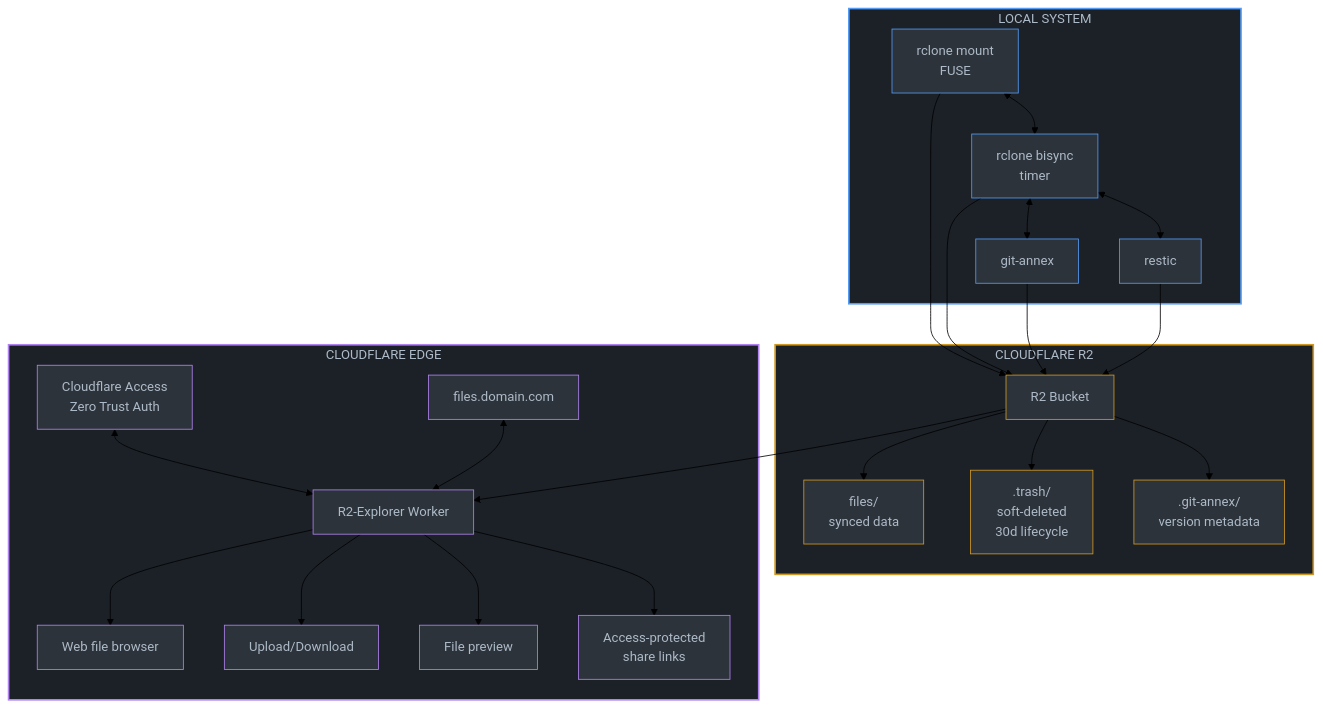
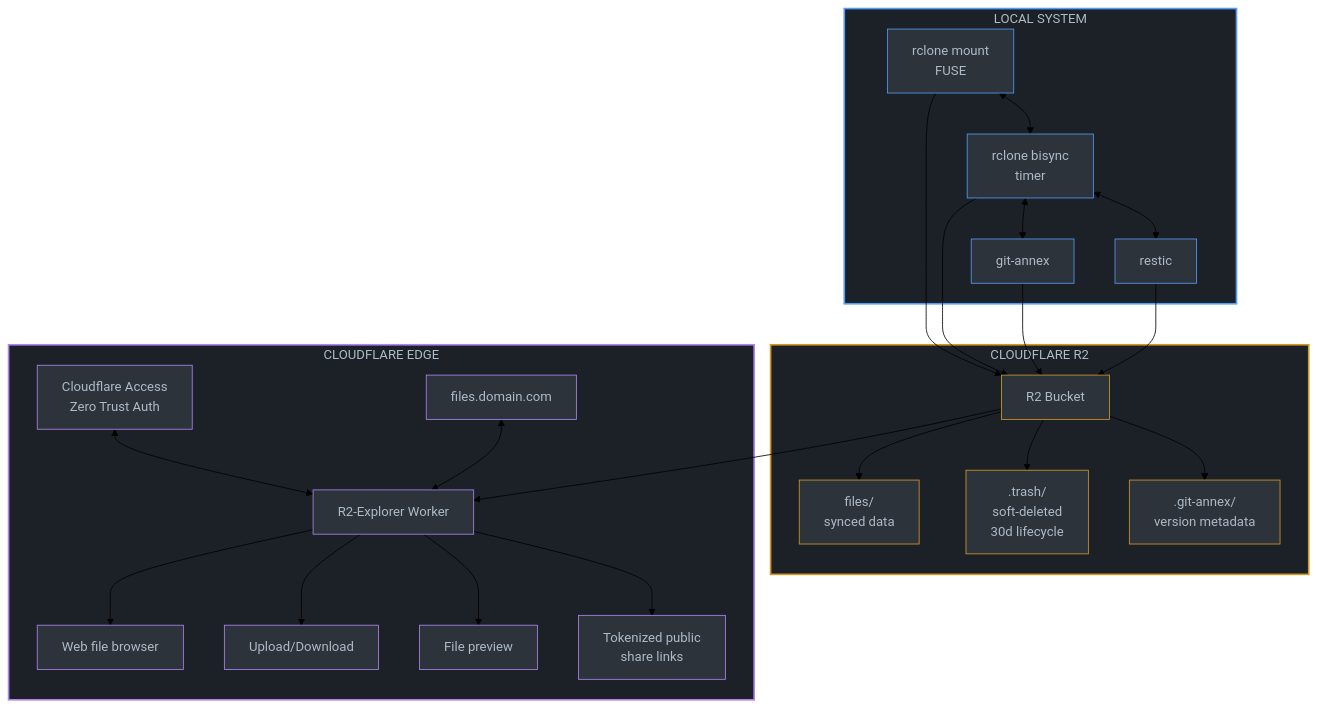
One commit to Bad3r/nix-R2-CloudFlare-Flake changed the diagram in docs/plan.md. Above: the diagram before and after it, drawn with Mermaid (forest theme). The commit also changed other lines of this file and 6 other files, not shown here.

````diff
--- a/docs/plan.md
+++ b/docs/plan.md
@@ -18,66 +18,66 @@
 ```mermaid
 graph TB
     subgraph LOCAL["LOCAL SYSTEM"]
         MOUNT["rclone mount<br/>FUSE"]
         BISYNC["rclone bisync<br/>timer"]
         VERSION_GA["git-annex"]
         VERSION_R["restic"]
 
         MOUNT <--> BISYNC
         BISYNC <--> VERSION_GA
         BISYNC <--> VERSION_R
     end
 
     subgraph R2["CLOUDFLARE R2"]
         BUCKET["R2 Bucket"]
         FILES["files/<br/>synced data"]
         TRASH[".trash/<br/>soft-deleted<br/>30d lifecycle"]
         ANNEX[".git-annex/<br/>version metadata"]
 
         BUCKET --> FILES
         BUCKET --> TRASH
         BUCKET --> ANNEX
     end
 
     subgraph EDGE["CLOUDFLARE EDGE"]
         ACCESS["Cloudflare Access<br/>Zero Trust Auth"]
         WORKER["R2-Explorer Worker"]
         BROWSER["Web file browser"]
         UPLOAD["Upload/Download"]
         PREVIEW["File preview"]
-        SHARE["Access-protected<br/>share links"]
+        SHARE["Tokenized public<br/>share links"]
         DOMAIN["files.domain.com"]
 
         ACCESS <--> WORKER
         DOMAIN <--> WORKER
         WORKER --> BROWSER
         WORKER --> UPLOAD
         WORKER --> PREVIEW
         WORKER --> SHARE
     end
 
     MOUNT --> BUCKET
     BISYNC --> BUCKET
     VERSION_GA --> BUCKET
     VERSION_R --> BUCKET
     BUCKET --> WORKER
 
     style LOCAL fill:#1c2128,stroke:#539bf5,stroke-width:2px,color:#adbac7
     style R2 fill:#1c2128,stroke:#d29922,stroke-width:2px,color:#adbac7
     style EDGE fill:#1c2128,stroke:#b083f0,stroke-width:2px,color:#adbac7
     style MOUNT fill:#2d333b,stroke:#539bf5,color:#adbac7
     style BISYNC fill:#2d333b,stroke:#539bf5,color:#adbac7
     style VERSION_GA fill:#2d333b,stroke:#539bf5,color:#adbac7
     style VERSION_R fill:#2d333b,stroke:#539bf5,color:#adbac7
     style BUCKET fill:#2d333b,stroke:#d29922,color:#adbac7
     style FILES fill:#2d333b,stroke:#d29922,color:#adbac7
     style TRASH fill:#2d333b,stroke:#d29922,color:#adbac7
     style ANNEX fill:#2d333b,stroke:#d29922,color:#adbac7
     style ACCESS fill:#2d333b,stroke:#b083f0,color:#adbac7
     style WORKER fill:#2d333b,stroke:#b083f0,color:#adbac7
     style BROWSER fill:#2d333b,stroke:#b083f0,color:#adbac7
     style UPLOAD fill:#2d333b,stroke:#b083f0,color:#adbac7
     style PREVIEW fill:#2d333b,stroke:#b083f0,color:#adbac7
     style SHARE fill:#2d333b,stroke:#b083f0,color:#adbac7
     style DOMAIN fill:#2d333b,stroke:#b083f0,color:#adbac7
 ```
````
